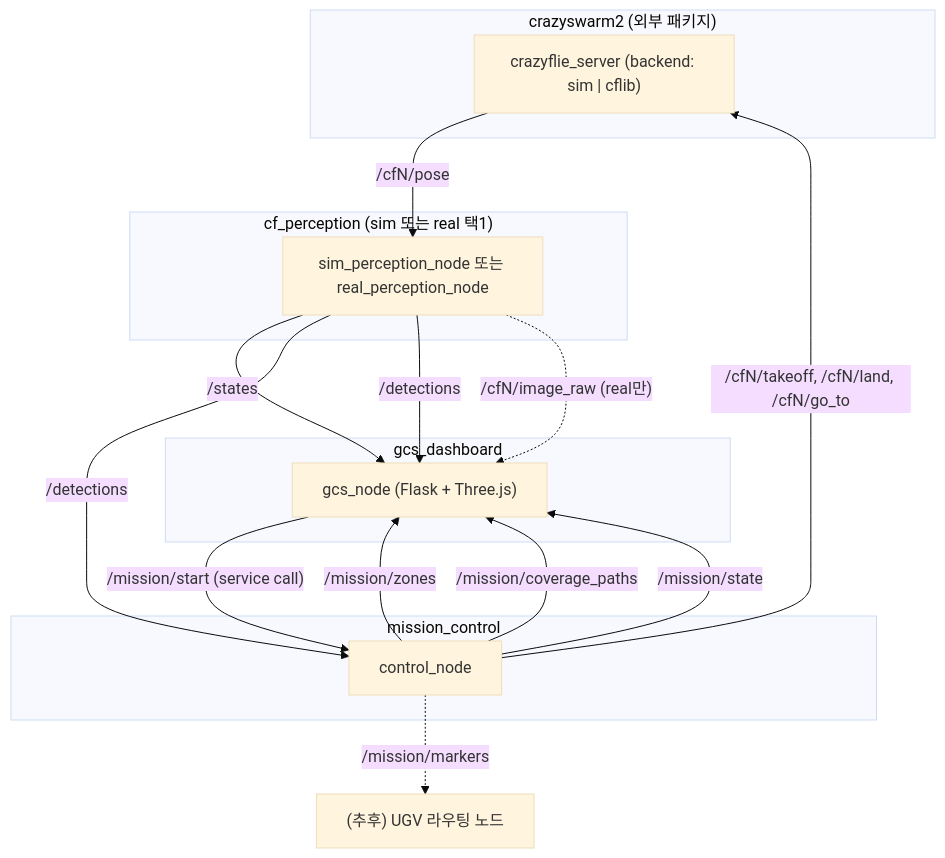
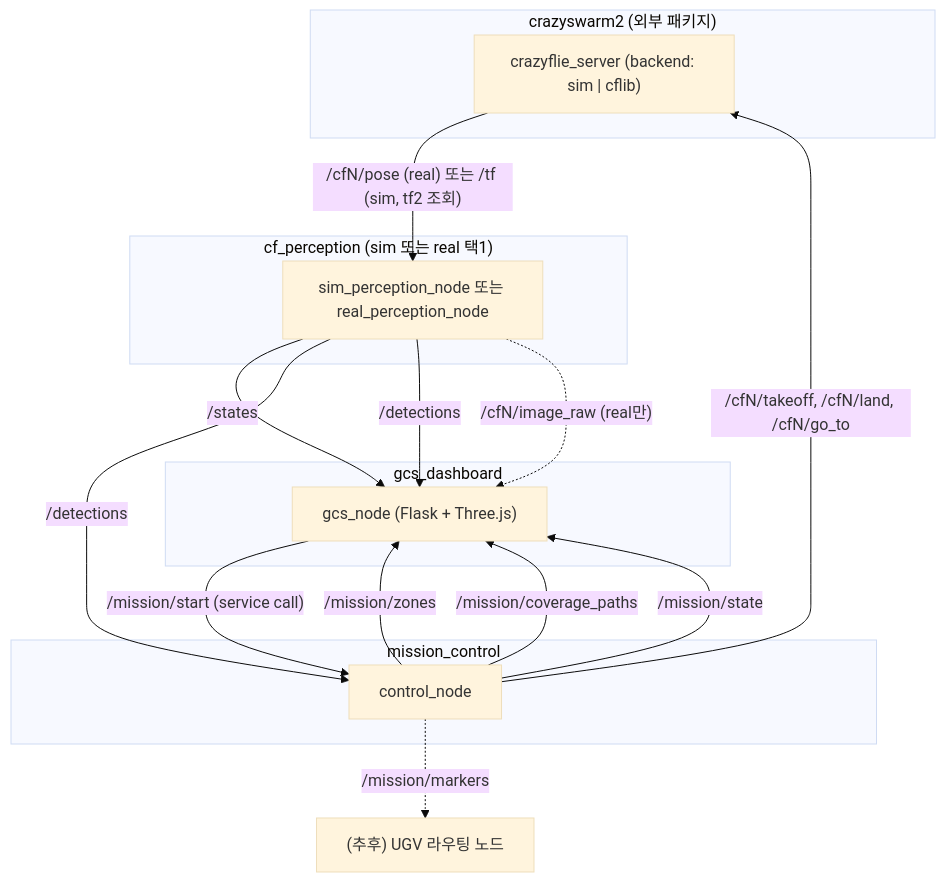
One commit to sungho2574/uav-ugv-cooperation2 changed the first of 4 diagrams in README.md. Above: the diagram before and after it, drawn with Mermaid (base theme). The commit also changed other lines of this file, not shown here.

````diff
--- a/README.md
+++ b/README.md
@@ -79,35 +79,35 @@
 ```mermaid
 flowchart TD
     subgraph crazyswarm2["crazyswarm2 (외부 패키지)"]
         CFS["crazyflie_server (backend: sim | cflib)"]
     end
 
     subgraph mc["mission_control"]
         CTRL["control_node"]
     end
 
     subgraph cfp["cf_perception (sim 또는 real 택1)"]
         PERC["sim_perception_node 또는 real_perception_node"]
     end
 
     subgraph gcs["gcs_dashboard"]
         GCS["gcs_node (Flask + Three.js)"]
     end
 
     FUTURE["(추후) UGV 라우팅 노드"]
 
     CTRL -->|"/cfN/takeoff, /cfN/land, /cfN/go_to"| CFS
-    CFS -->|"/cfN/pose"| PERC
+    CFS -->|"/cfN/pose (real) 또는 /tf (sim, tf2 조회)"| PERC
 
     PERC -->|"/states"| GCS
     PERC -->|"/detections"| CTRL
     PERC -->|"/detections"| GCS
     PERC -.->|"/cfN/image_raw (real만)"| GCS
 
     CTRL -->|"/mission/zones"| GCS
     CTRL -->|"/mission/coverage_paths"| GCS
     CTRL -->|"/mission/state"| GCS
     CTRL -.->|"/mission/markers"| FUTURE
 
     GCS -->|"/mission/start (service call)"| CTRL
 ```
````
